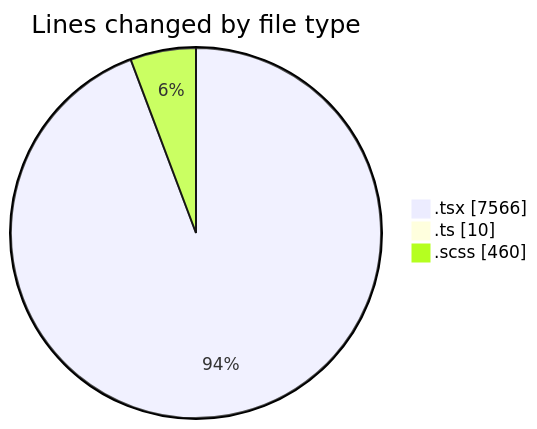
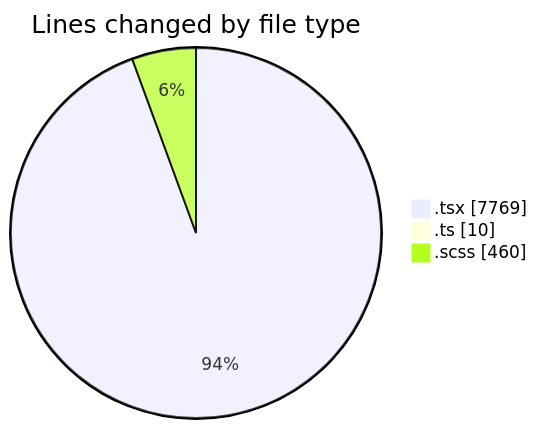
Before and after one commit to momahboobian/code-tracking: the first of 2 diagrams in 2025-11-17/cda/README.md, drawn with Mermaid. The commit also changed other lines of this file and 1 other file, not shown here.

````diff
--- a/2025-11-17/cda/README.md
+++ b/2025-11-17/cda/README.md
@@ -33,7 +34,7 @@
 ```mermaid
 pie showData
 title Lines changed by file type
-".tsx" : 7566
+".tsx" : 7769
 ".ts" : 10
 ".scss" : 460
 ```
````
